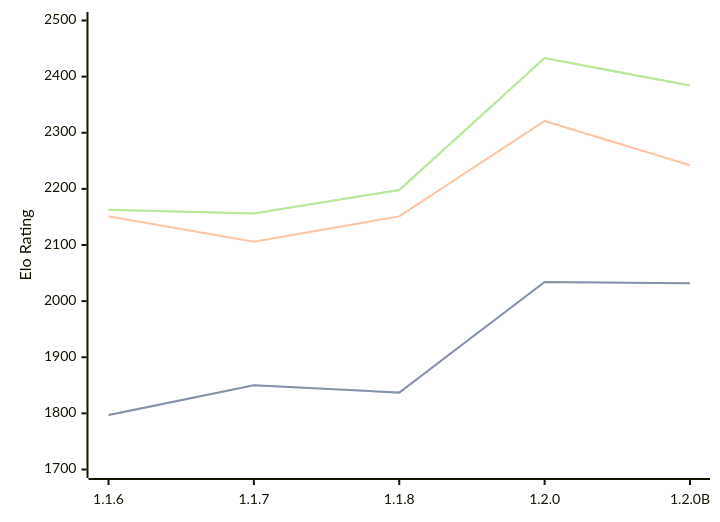
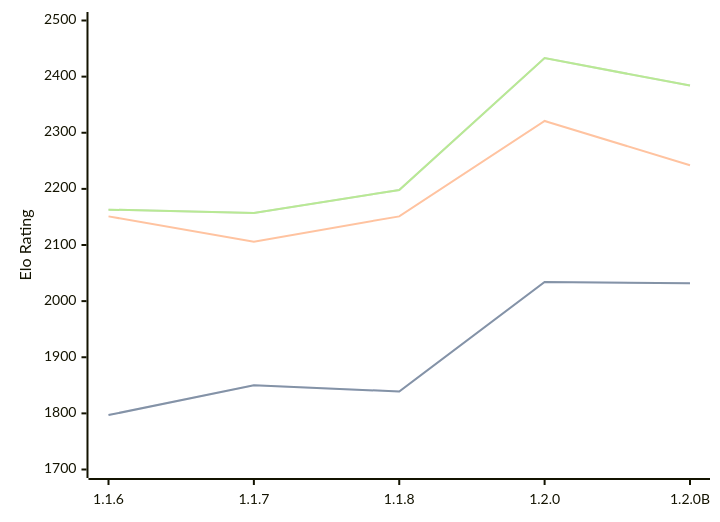
The diagram in engines/Soomi.md (computer-chess-index/cci), drawn with Mermaid before and after one commit. The commit also changed other lines of this file, not shown here.

Commit message:
Update CCI Ratings (ELO VLTC) - 2026-10-02

````diff
--- a/engines/Soomi.md
+++ b/engines/Soomi.md
@@ -35,11 +35,11 @@
 ```mermaid
 %%{init: {"theme":"base","themeVariables":{"seriesColors:['#a3a3a3','#222221','#faa371']}}}%%
 xychart-beta
   x-axis ["1.1.6", "1.1.7", "1.1.8", "1.2.0", "1.2.0B"]
   y-axis "Elo Rating" 1700 --> 2500
-  line "" [1797, 1850, 1837, 2034, 2032]
-  line "STC (8.0+0.08s)" [1797, 1850, 1837, 2034, 2032]
+  line "" [1797, 1850, 1839, 2034, 2032]
+  line "STC (8.0+0.08s)" [1797, 1850, 1839, 2034, 2032]
   line "LTC (60.0+0.60s)" [2151, 2106, 2151, 2321, 2242]
-  line "" [2163, 2156, 2198, 2433, 2384]
-  line "VLTC (2m24s+1.12s)" [2163, 2156, 2198, 2433, 2384]
+  line "" [2163, 2157, 2198, 2433, 2384]
+  line "VLTC (2m24s+1.12s)" [2163, 2157, 2198, 2433, 2384]
 ```
````
